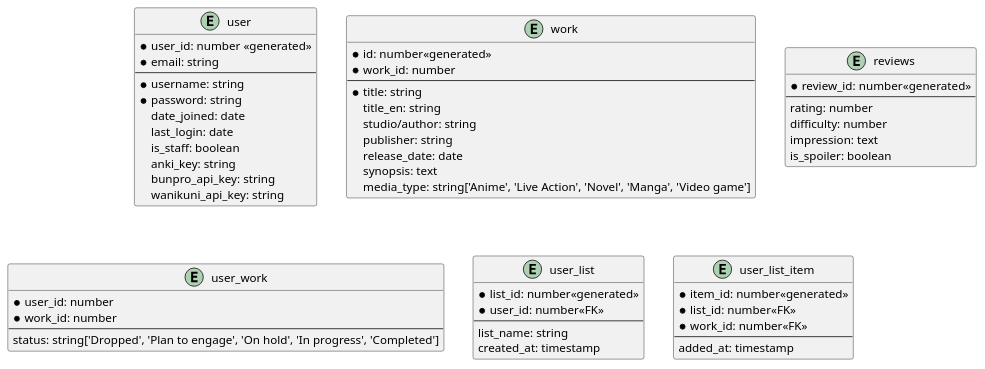
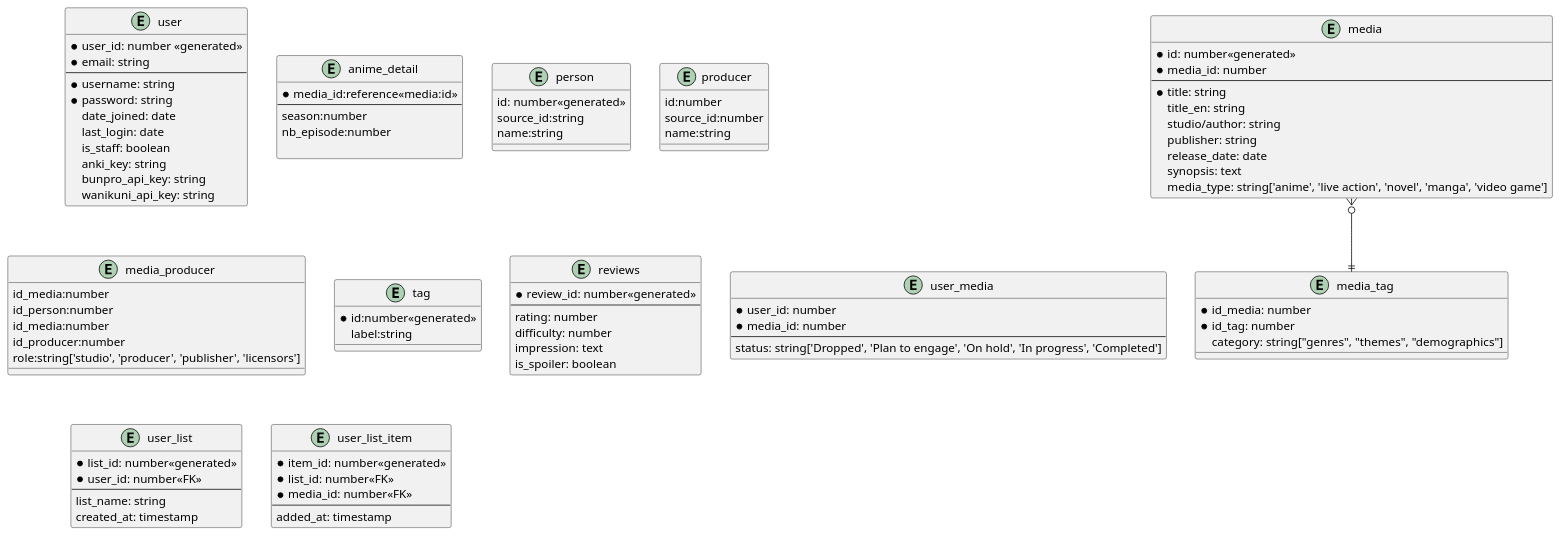
Before and after one commit to MaximeSaland/shinbotsu: the diagram in shinbotsu_data/database/schema.puml, drawn with PlantUML. The commit also changed 16 other files, not shown here.

```diff
--- a/shinbotsu_data/database/schema.puml
+++ b/shinbotsu_data/database/schema.puml
@@ -1,61 +1,107 @@
 @startuml
 entity "user" as u {
     *user_id: number <<generated>>
     *email: string
     --
     *username: string
     *password: string
     date_joined: date
     last_login: date
     is_staff: boolean
     anki_key: string
     bunpro_api_key: string
     wanikuni_api_key: string
 }
 
-entity "work" as w {
+entity "media" as m {
     *id: number<<generated>>
-    *work_id: number
+    *media_id: number
     --
     *title: string
     title_en: string
     studio/author: string
     publisher: string
     release_date: date
     synopsis: text
-    media_type: string['Anime', 'Live Action', 'Novel', 'Manga', 'Video game']
+    media_type: string['anime', 'live action', 'novel', 'manga', 'video game']
 }
 
-entity "reviews" {
+entity "anime_detail" as ad {
+    *media_id:reference<<media:id>>
+    --
+    season:number
+    nb_episode:number
+    
+}
+
+entity "person" as p {
+    id: number<<generated>>
+    source_id:string
+    name:string
+}
+
+entity "producer" as pr {
+    id:number
+    source_id:number
+    name:string
+}
+
+entity "media_person" as mp {
+    id_media:number
+    id_person:number
+}
+
+entity "media_producer" as mp {
+    id_media:number
+    id_producer:number
+    role:string['studio', 'producer', 'publisher', 'licensors']
+}
+
+
+entity "media_tag" as mt {
+    *id_media: number
+    *id_tag: number
+    category: string["genres", "themes", "demographics"]
+}
+
+entity "tag" as t {
+    *id:number<<generated>>
+    label:string
+}
+
+entity "reviews" as r {
     *review_id: number<<generated>>
     --
     rating: number
     difficulty: number
     impression: text
     is_spoiler: boolean
 }
 
-entity "user_work" as uw {
+entity "user_media" as um {
     *user_id: number
-    *work_id: number
+    *media_id: number
     --
     status: string['Dropped', 'Plan to engage', 'On hold', 'In progress', 'Completed']
 }
 
 entity "user_list" as ul {
     *list_id: number<<generated>>
     *user_id: number<<FK>>
     --
     list_name: string
     created_at: timestamp
 }
 
 entity "user_list_item" as uli {
     *item_id: number<<generated>>
     *list_id: number<<FK>>
-    *work_id: number<<FK>>
+    *media_id: number<<FK>>
     --
     added_at: timestamp
 }
 
+m}o--||mt
+
+
 @enduml
```
